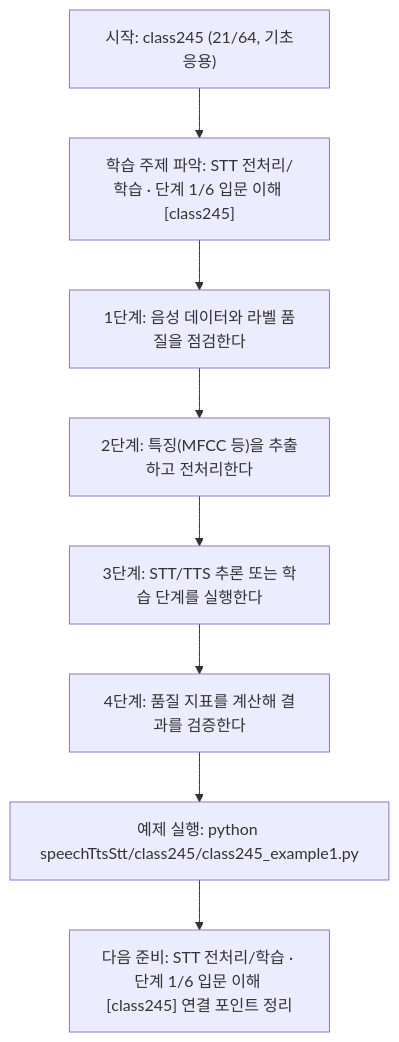
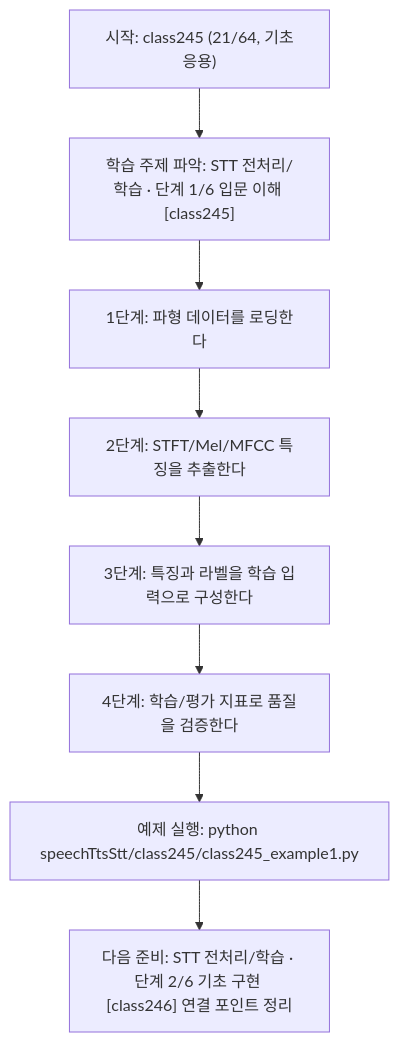
Before and after one commit to edumgt/Python-AI_Agent-Class: the diagram in speechTtsStt/class245/class245.md, drawn with Mermaid. The commit also changed other lines of this file and 1122 other files, not shown here.

````diff
--- a/speechTtsStt/class245/class245.md
+++ b/speechTtsStt/class245/class245.md
@@ -114,18 +95,18 @@
 ```mermaid
 flowchart TD
 N1["시작: class245 (21/64, 기초응용)"]
 N2["학습 주제 파악: STT 전처리/학습 · 단계 1/6 입문 이해 [class245]"]
-N3["1단계: 음성 데이터와 라벨 품질을 점검한다"]
-N4["2단계: 특징(MFCC 등)을 추출하고 전처리한다"]
-N5["3단계: STT/TTS 추론 또는 학습 단계를 실행한다"]
-N6["4단계: 품질 지표를 계산해 결과를 검증한다"]
+N3["1단계: 파형 데이터를 로딩한다"]
+N4["2단계: STFT/Mel/MFCC 특징을 추출한다"]
+N5["3단계: 특징과 라벨을 학습 입력으로 구성한다"]
+N6["4단계: 학습/평가 지표로 품질을 검증한다"]
 N7["예제 실행: python speechTtsStt/class245/class245_example1.py"]
-N8["다음 준비: STT 전처리/학습 · 단계 1/6 입문 이해 [class245] 연결 포인트 정리"]
+N8["다음 준비: STT 전처리/학습 · 단계 2/6 기초 구현 [class246] 연결 포인트 정리"]
 N1 --> N2
 N2 --> N3
 N3 --> N4
 N4 --> N5
 N5 --> N6
 N6 --> N7
 N7 --> N8
 ```
````
